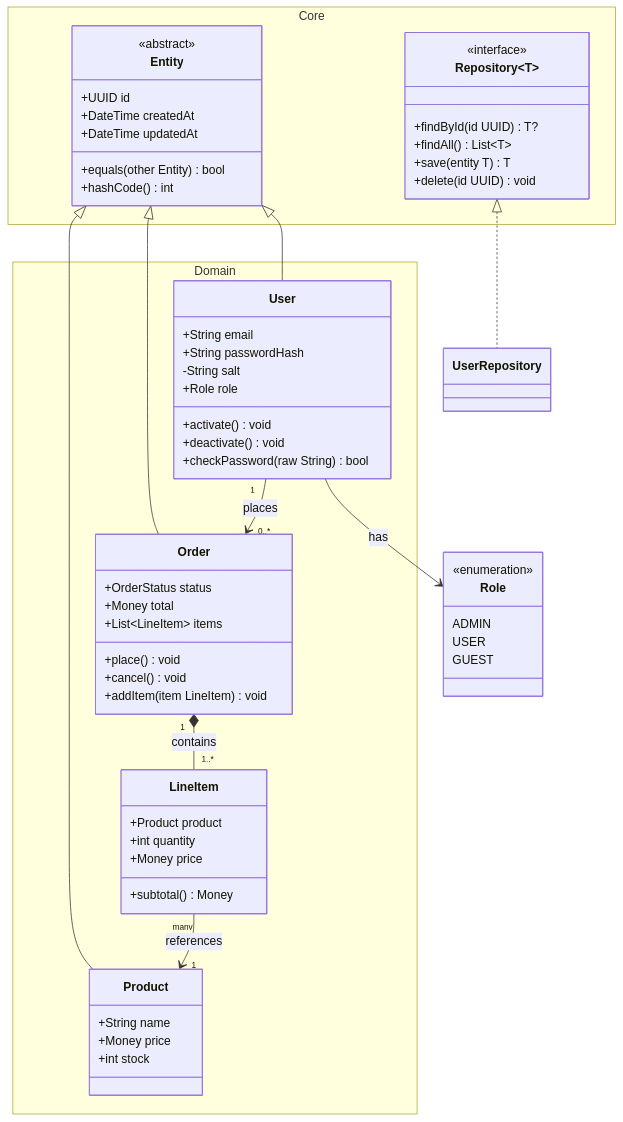
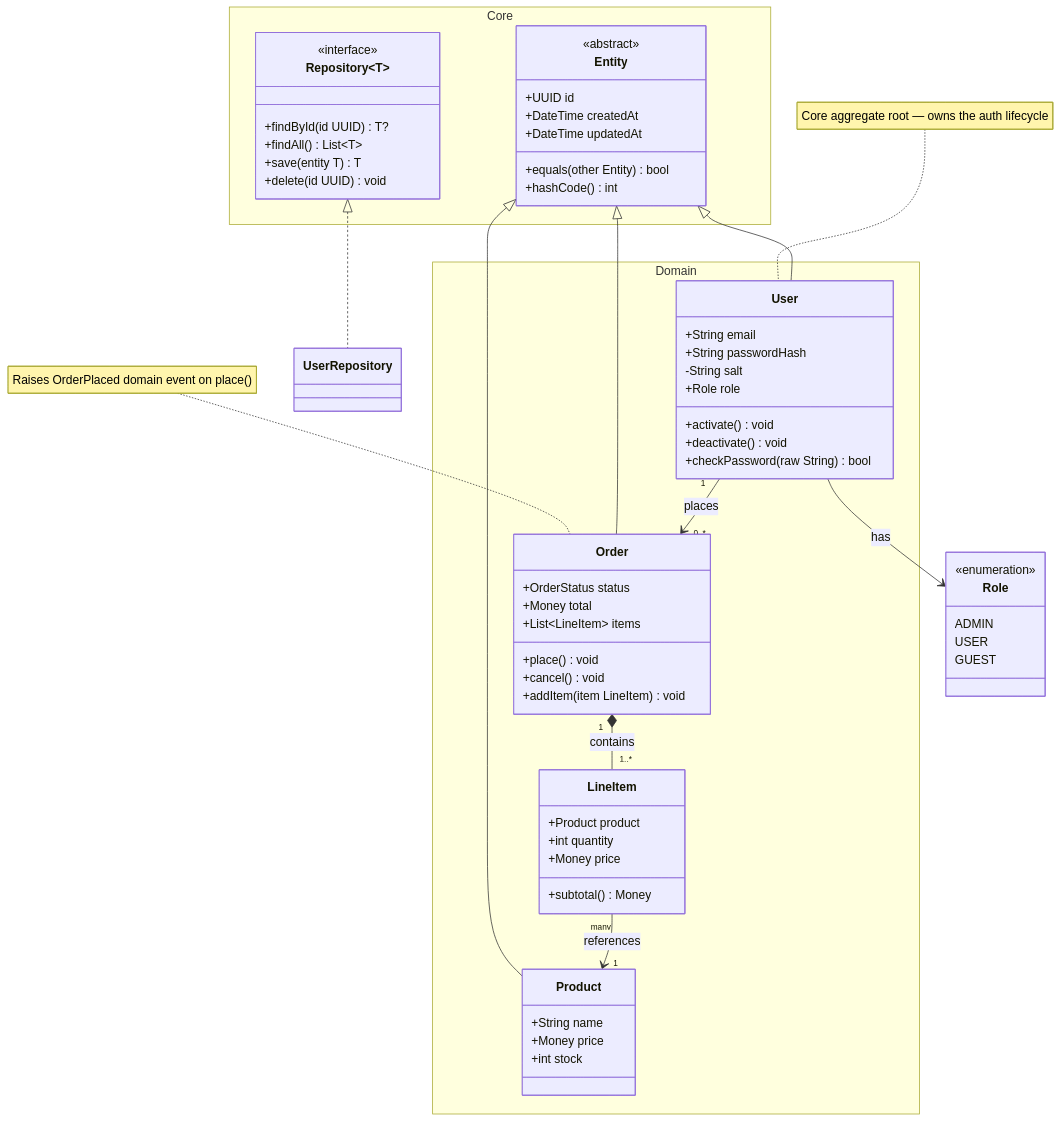
Before and after one commit to sc2in/pozeiden: the diagram in examples/class.mmd, drawn with Mermaid. The commit also changed 6 other files, not shown here.

Commit message:
feat(renderers): enhance flowchart and sequence diagram rendering with subgraph support and improved layout

```diff
--- a/examples/class.mmd
+++ b/examples/class.mmd
@@ -1,64 +1,67 @@
 classDiagram
     direction TB
     namespace Core {
         class Entity {
             <<abstract>>
             +UUID id
             +DateTime createdAt
             +DateTime updatedAt
             +equals(other Entity) bool
             +hashCode() int
         }
         class Repository~T~ {
             <<interface>>
             +findById(id UUID) T?
             +findAll() List~T~
             +save(entity T) T
             +delete(id UUID) void
         }
     }
     namespace Domain {
         class User {
             +String email
             +String passwordHash
             -String salt
             +Role role
             +activate() void
             +deactivate() void
             +checkPassword(raw String) bool
         }
         class Order {
             +OrderStatus status
             +Money total
             +List~LineItem~ items
             +place() void
             +cancel() void
             +addItem(item LineItem) void
         }
         class LineItem {
             +Product product
             +int quantity
             +Money price
             +subtotal() Money
         }
         class Product {
             +String name
             +Money price
             +int stock
         }
     }
     class Role {
         <<enumeration>>
         ADMIN
         USER
         GUEST
     }
 
     Entity <|-- User
     Entity <|-- Order
     Entity <|-- Product
     Repository~User~ <|.. UserRepository
     Order "1" *-- "1..*" LineItem : contains
     LineItem "many" --> "1" Product : references
     User "1" --> "0..*" Order : places
     User --> Role : has
+
+    note for User "Core aggregate root — owns the auth lifecycle"
+    note for Order "Raises OrderPlaced domain event on place()"
```
